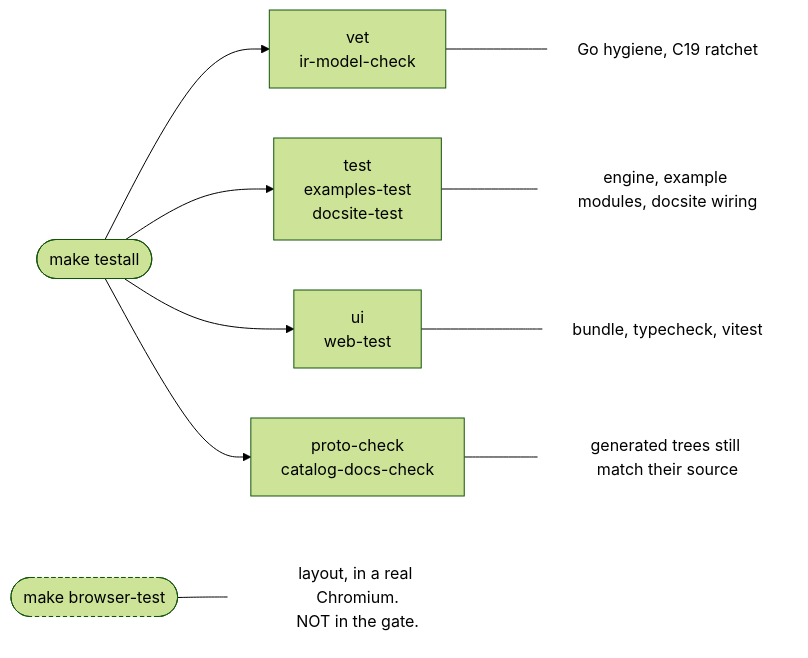
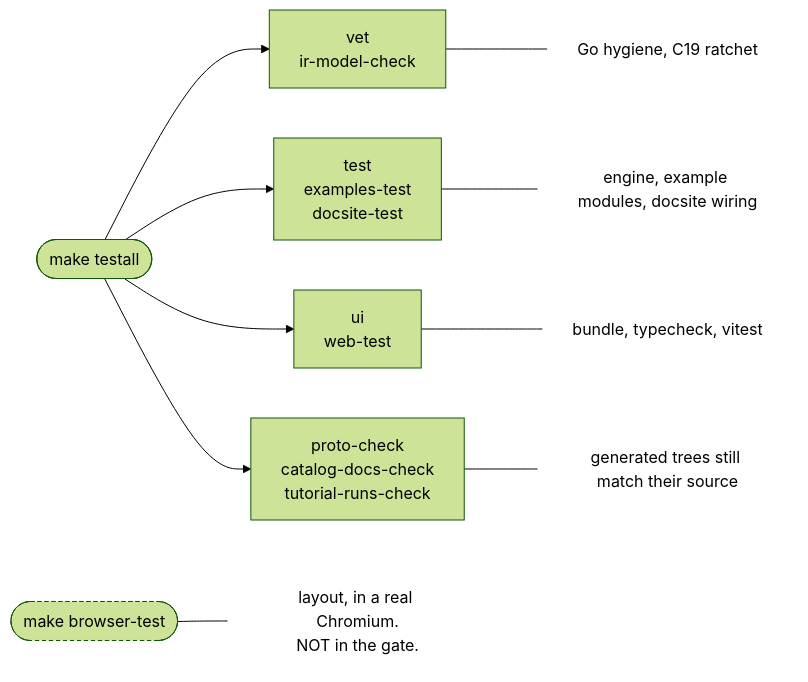
One commit to panyam/agni changed the first of 3 diagrams in docsite/content/build/the-gate.md. Above: the diagram before and after it, drawn with Mermaid (forest theme). The commit also changed other lines of this file and 3 other files, not shown here.

````diff
--- a/docsite/content/build/the-gate.md
+++ b/docsite/content/build/the-gate.md
@@ -8,17 +8,17 @@
 ```mermaid
 flowchart LR
     T(["make testall"])
     T --> V["vet<br/>ir-model-check"]
     T --> E["test<br/>examples-test<br/>docsite-test"]
     T --> W["ui<br/>web-test"]
-    T --> G["proto-check<br/>catalog-docs-check"]
+    T --> G["proto-check<br/>catalog-docs-check<br/>tutorial-runs-check"]
     V --- Vn["Go hygiene, C19 ratchet"]
     E --- En["engine, example modules, docsite wiring"]
     W --- Wn["bundle, typecheck, vitest"]
     G --- Gn["generated trees still match their source"]
     B(["make browser-test"]) --- Bn["layout, in a real Chromium.<br/>NOT in the gate."]
     classDef note fill:none,stroke:none;
     classDef out stroke-dasharray: 4 3;
     class Vn,En,Wn,Gn,Bn note;
     class B,Bn out;
 ```
````
